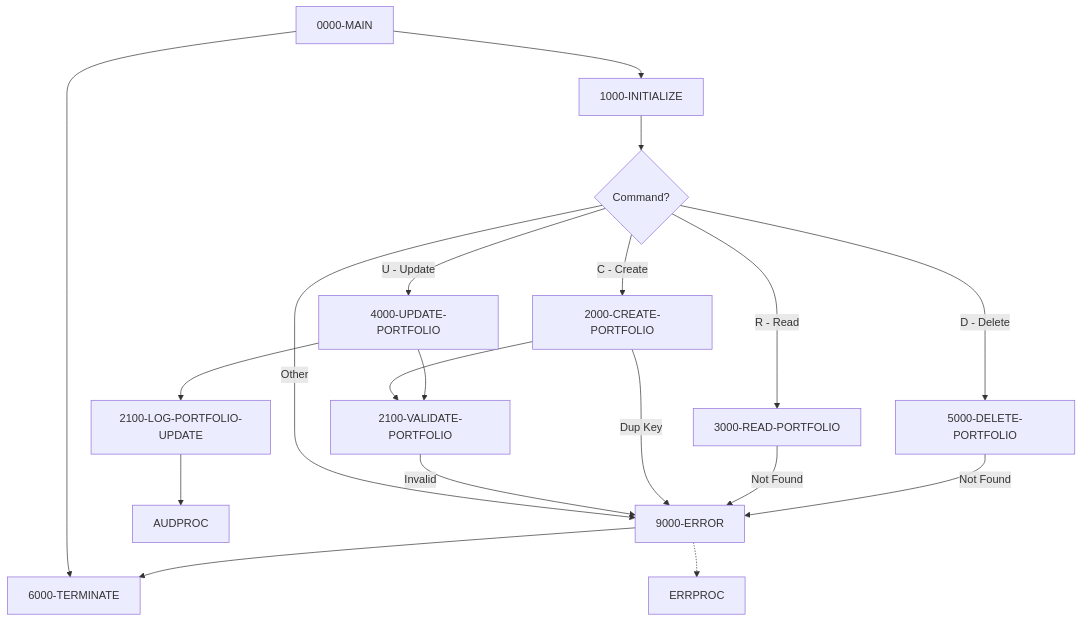
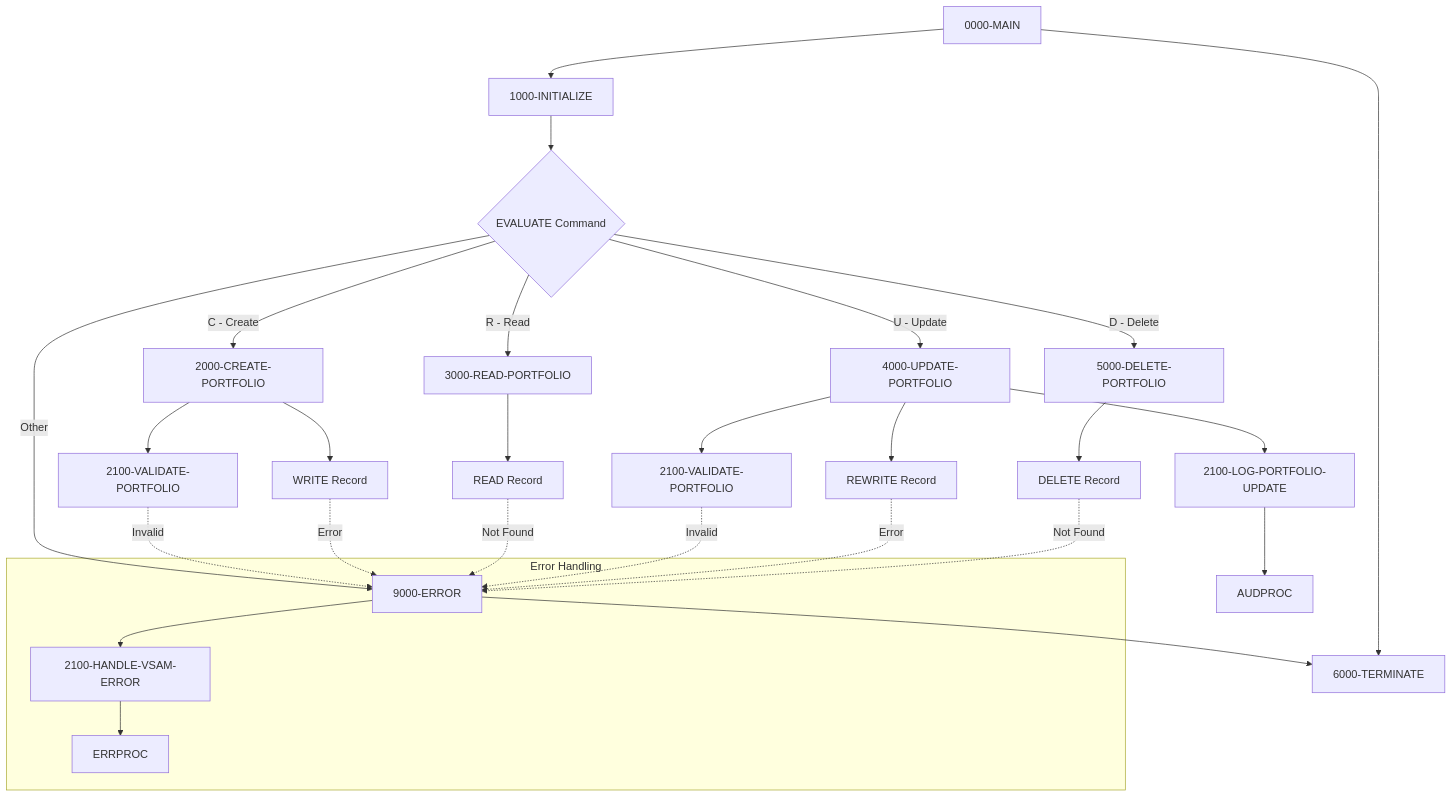
The diagram in docs/programs/PORTMSTR.mdx (haladir-com/legacy-benchmark-docs-vb70e1), drawn with Mermaid before and after one commit. The commit also changed other lines of this file and 63 other files, not shown here.

````diff
--- a/docs/programs/PORTMSTR.mdx
+++ b/docs/programs/PORTMSTR.mdx
@@ -20,27 +26,38 @@
 ```mermaid
 graph TD
     A[0000-MAIN] --> B[1000-INITIALIZE]
-    B --> C{Command?}
+    B --> C{EVALUATE Command}
     
     C -->|C - Create| D[2000-CREATE-PORTFOLIO]
     C -->|R - Read| E[3000-READ-PORTFOLIO]
     C -->|U - Update| F[4000-UPDATE-PORTFOLIO]
     C -->|D - Delete| G[5000-DELETE-PORTFOLIO]
     C -->|Other| H[9000-ERROR]
     
     D --> D1[2100-VALIDATE-PORTFOLIO]
-    D1 -->|Invalid| H
-    D -->|Dup Key| H
+    D --> D2[WRITE Record]
+    D1 -.->|Invalid| H
+    D2 -.->|Error| H
     
-    F --> D1
-    F --> F1[2100-LOG-PORTFOLIO-UPDATE]
+    E --> E1[READ Record]
+    E1 -.->|Not Found| H
     
-    E -->|Not Found| H
-    G -->|Not Found| H
+    F --> F1[2100-VALIDATE-PORTFOLIO]
+    F --> F2[REWRITE Record]
+    F --> F3[2100-LOG-PORTFOLIO-UPDATE]
+    F1 -.->|Invalid| H
+    F2 -.->|Error| H
+    
+    G --> G1[DELETE Record]
+    G1 -.->|Not Found| H
     
     A --> I[6000-TERMINATE]
     H --> I
     
-    F1 --> J[AUDPROC]
-    H -.-> K[ERRPROC]
+    F3 --> J[AUDPROC]
+    
+    subgraph "Error Handling"
+        H --> K[2100-HANDLE-VSAM-ERROR]
+        K --> L[ERRPROC]
+    end
 ```
````
